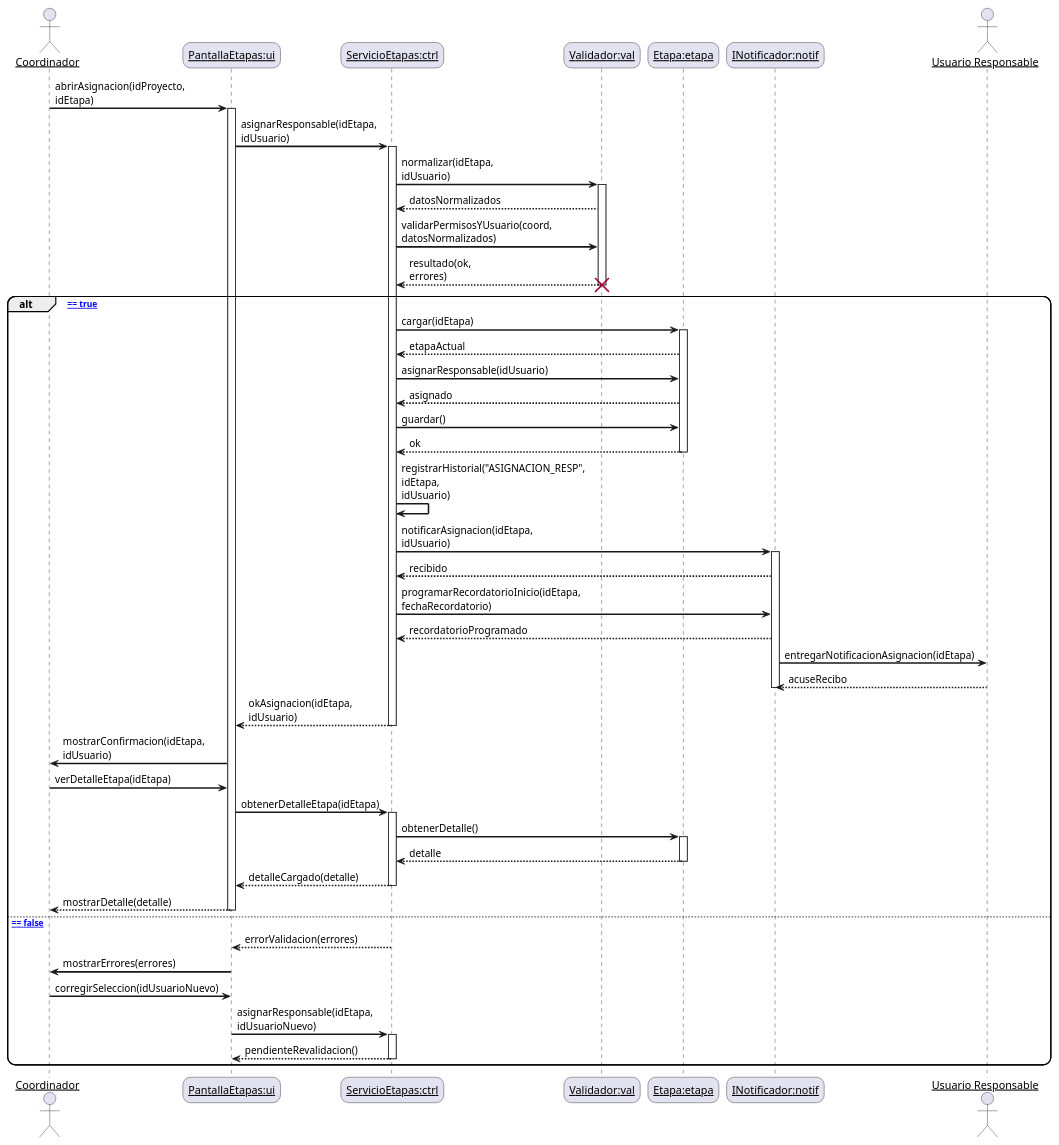
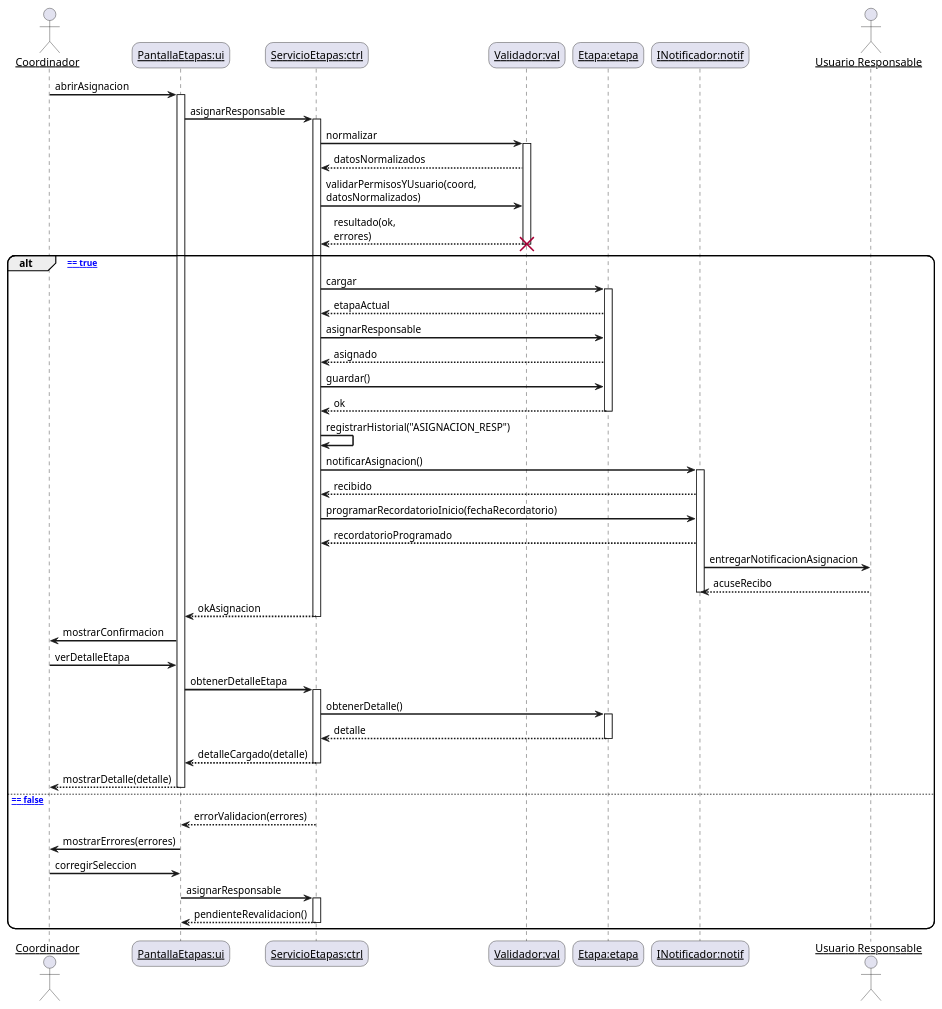
Before and after one commit to dantebiondi666-prog/SistemaProductoraVideos: the diagram in diagramas/05-diagramas-secuencia/05-secuencia-caso-uso-03-asignar-responsable-etapa-escenario-03.puml, drawn with PlantUML. The commit also changed 13 other files, not shown here.

Commit message:
corrección de todos los diagramas de secuencia y del índice + changelog update

```diff
--- a/diagramas/05-diagramas-secuencia/05-secuencia-caso-uso-03-asignar-responsable-etapa-escenario-03.puml
+++ b/diagramas/05-diagramas-secuencia/05-secuencia-caso-uso-03-asignar-responsable-etapa-escenario-03.puml
@@ -1,89 +1,89 @@
-@startuml
+@startuml diagsecuencia03
 skinparam sequenceArrowThickness 2
 skinparam roundcorner 20
 skinparam maxmessagesize 60
 skinparam sequenceParticipant underline
 
 actor Coordinador as coord
 participant "PantallaEtapas:ui" as ui
 participant "ServicioEtapas:ctrl" as ctrl
 participant "Validador:val" as val
 participant "Etapa:etapa" as etapa
 participant "INotificador:notif" as notif
 actor "Usuario Responsable" as resp
 
 ' ==== Disparo ====
-coord -> ui: abrirAsignacion(idProyecto, idEtapa)
+coord -> ui: abrirAsignacion
 activate ui
-ui -> ctrl: asignarResponsable(idEtapa, idUsuario)
+ui -> ctrl: asignarResponsable
 activate ctrl
 
 ' ==== Validar permisos y usuario (objeto temporal) ====
-ctrl -> val: normalizar(idEtapa, idUsuario)
+ctrl -> val: normalizar
 activate val
 val --> ctrl: datosNormalizados
 
 ctrl -> val: validarPermisosYUsuario(coord, datosNormalizados)
 val --> ctrl: resultado(ok, errores)
 destroy val
 
 ' ==== Rama principal OK / errores ====
 alt [ok == true]
   ' ===== Actualizar etapa (asignación) =====
-  ctrl -> etapa: cargar(idEtapa)
+  ctrl -> etapa: cargar
   activate etapa
   etapa --> ctrl: etapaActual
 
-  ctrl -> etapa: asignarResponsable(idUsuario)
+  ctrl -> etapa: asignarResponsable
   etapa --> ctrl: asignado
 
   ctrl -> etapa: guardar()
   etapa --> ctrl: ok
   deactivate etapa
 
   ' ===== Historial (alta de evento) =====
-  ctrl -> ctrl: registrarHistorial("ASIGNACION_RESP", idEtapa, idUsuario)
+  ctrl -> ctrl: registrarHistorial("ASIGNACION_RESP")
 
   ' ===== Notificar responsable =====
-  ctrl -> notif: notificarAsignacion(idEtapa, idUsuario)
+  ctrl -> notif: notificarAsignacion()
   activate notif
   notif --> ctrl: recibido
 
   ' (extra para 3+ interacciones)
-  ctrl -> notif: programarRecordatorioInicio(idEtapa, fechaRecordatorio)
+  ctrl -> notif: programarRecordatorioInicio(fechaRecordatorio)
   notif --> ctrl: recordatorioProgramado
 
   ' Entrega al Responsable (visualización opcional)
-  notif -> resp: entregarNotificacionAsignacion(idEtapa)
+  notif -> resp: entregarNotificacionAsignacion
   resp --> notif: acuseRecibo
   deactivate notif
 
   ' ===== Confirmación UI =====
-  ctrl --> ui: okAsignacion(idEtapa, idUsuario)
+  ctrl --> ui: okAsignacion
   deactivate ctrl
 
-  ui -> coord: mostrarConfirmacion(idEtapa, idUsuario)
-  coord -> ui: verDetalleEtapa(idEtapa)
-  ui -> ctrl: obtenerDetalleEtapa(idEtapa)
+  ui -> coord: mostrarConfirmacion
+  coord -> ui: verDetalleEtapa
+  ui -> ctrl: obtenerDetalleEtapa
   activate ctrl
   ctrl -> etapa: obtenerDetalle()
   activate etapa
   etapa --> ctrl: detalle
   deactivate etapa
   ctrl --> ui: detalleCargado(detalle)
   deactivate ctrl
   ui --> coord: mostrarDetalle(detalle)
   deactivate ui
 else [ok == false]
   ctrl --> ui: errorValidacion(errores)
   deactivate ctrl
   ui -> coord: mostrarErrores(errores)
-  coord -> ui: corregirSeleccion(idUsuarioNuevo)
-  ui -> ctrl: asignarResponsable(idEtapa, idUsuarioNuevo)
+  coord -> ui: corregirSeleccion
+  ui -> ctrl: asignarResponsable
   activate ctrl
   ' (el flujo retoma desde validación, omitido por brevedad)
   ctrl --> ui: pendienteRevalidacion()
   deactivate ctrl
   deactivate ui
 end
 @enduml
```
